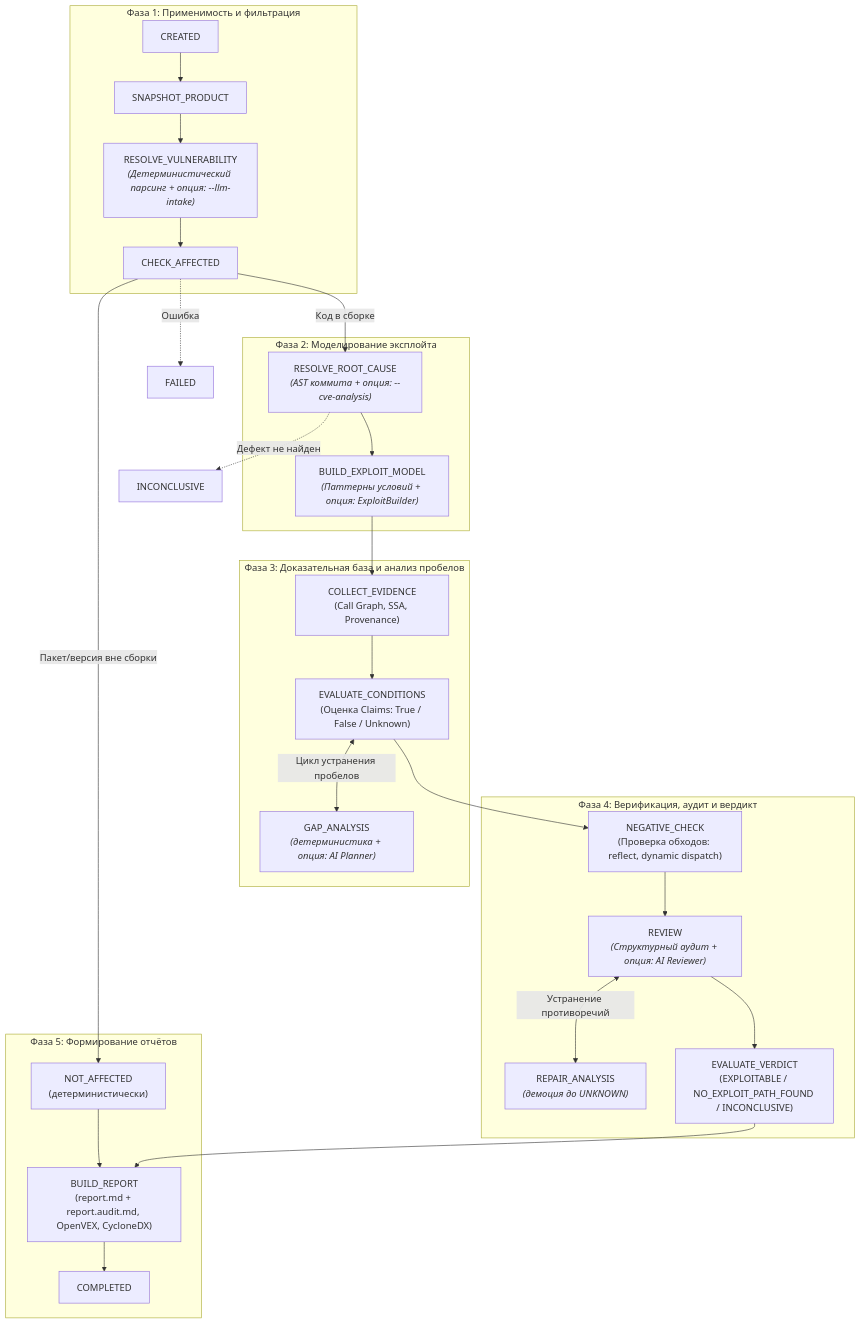
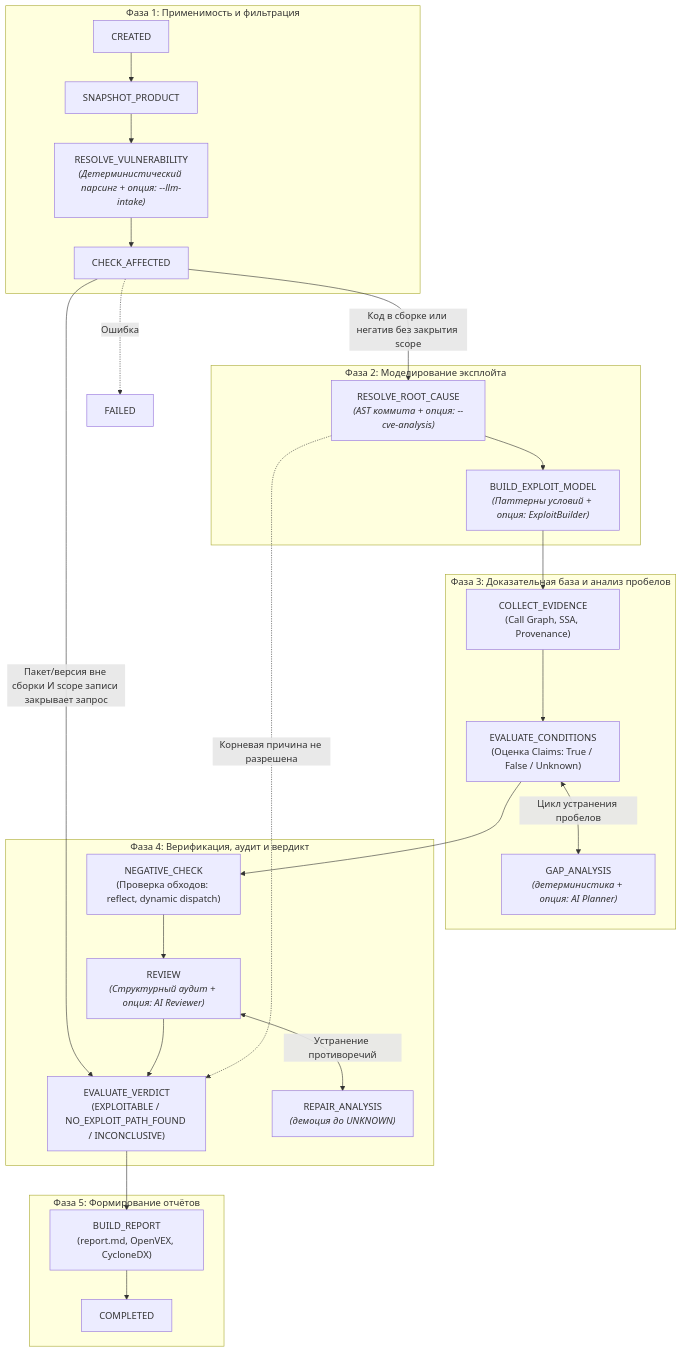
One commit to davniy/izyan changed the second of 3 diagrams in docs/architecture.md. Above: the diagram before and after it, drawn with Mermaid. The commit also changed other lines of this file and 1570 other files, not shown here.

````diff
--- a/docs/architecture.md
+++ b/docs/architecture.md
@@ -85,37 +157,36 @@
 ```mermaid
 flowchart TD
     subgraph G1 ["Фаза 1: Применимость и фильтрация"]
         CREATED --> SNAPSHOT_PRODUCT
         SNAPSHOT_PRODUCT --> RESOLVE_VULNERABILITY["RESOLVE_VULNERABILITY<br><i>(Детерминистический парсинг + опция: --llm-intake)</i>"]
         RESOLVE_VULNERABILITY --> CHECK_AFFECTED
     end
 
-    CHECK_AFFECTED -->|Пакет/версия вне сборки| StateNotAffected["NOT_AFFECTED<br>(детерминистически)"]
+    CHECK_AFFECTED -->|Пакет/версия вне сборки И scope записи закрывает запрос| EVALUATE_VERDICT
 
     subgraph G2 ["Фаза 2: Моделирование эксплойта"]
-        CHECK_AFFECTED -->|Код в сборке| RESOLVE_ROOT_CAUSE["RESOLVE_ROOT_CAUSE<br><i>(AST коммита + опция: --cve-analysis)</i>"]
+        CHECK_AFFECTED -->|Код в сборке или негатив без закрытия scope| RESOLVE_ROOT_CAUSE["RESOLVE_ROOT_CAUSE<br><i>(AST коммита + опция: --cve-analysis)</i>"]
         RESOLVE_ROOT_CAUSE --> BUILD_EXPLOIT_MODEL["BUILD_EXPLOIT_MODEL<br><i>(Паттерны условий + опция: ExploitBuilder)</i>"]
     end
 
     subgraph G3 ["Фаза 3: Доказательная база и анализ пробелов"]
         BUILD_EXPLOIT_MODEL --> COLLECT_EVIDENCE["COLLECT_EVIDENCE<br>(Call Graph, SSA, Provenance)"]
         COLLECT_EVIDENCE --> EVALUATE_CONDITIONS["EVALUATE_CONDITIONS<br>(Оценка Claims: True / False / Unknown)"]
         EVALUATE_CONDITIONS <-->|Цикл устранения пробелов| GAP_ANALYSIS["GAP_ANALYSIS<br><i>(детерминистика + опция: AI Planner)</i>"]
     end
 
     subgraph G4 ["Фаза 4: Верификация, аудит и вердикт"]
         EVALUATE_CONDITIONS --> NEGATIVE_CHECK["NEGATIVE_CHECK<br>(Проверка обходов: reflect, dynamic dispatch)"]
         NEGATIVE_CHECK --> REVIEW["REVIEW<br><i>(Структурный аудит + опция: AI Reviewer)</i>"]
         REVIEW <-->|Устранение противоречий| REPAIR_ANALYSIS["REPAIR_ANALYSIS<br><i>(демоция до UNKNOWN)</i>"]
         REVIEW --> EVALUATE_VERDICT["EVALUATE_VERDICT<br>(EXPLOITABLE / NO_EXPLOIT_PATH_FOUND / INCONCLUSIVE)"]
     end
 
     subgraph G5 ["Фаза 5: Формирование отчётов"]
-        StateNotAffected --> BUILD_REPORT
-        EVALUATE_VERDICT --> BUILD_REPORT["BUILD_REPORT<br>(report.md + report.audit.md, OpenVEX, CycloneDX)"]
+        EVALUATE_VERDICT --> BUILD_REPORT["BUILD_REPORT<br>(report.md, OpenVEX, CycloneDX)"]
         BUILD_REPORT --> COMPLETED
     end
 
     CHECK_AFFECTED -.->|Ошибка| FAILED
-    RESOLVE_ROOT_CAUSE -.->|Дефект не найден| INCONCLUSIVE
+    RESOLVE_ROOT_CAUSE -.->|Корневая причина не разрешена| EVALUATE_VERDICT
 ```
````
